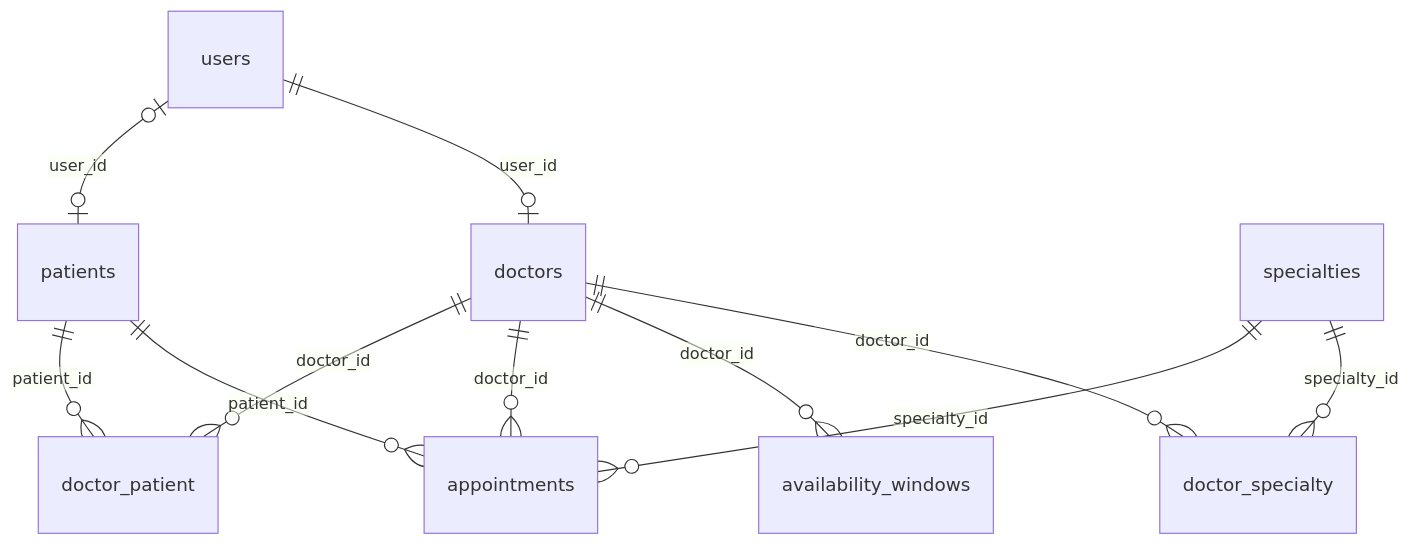
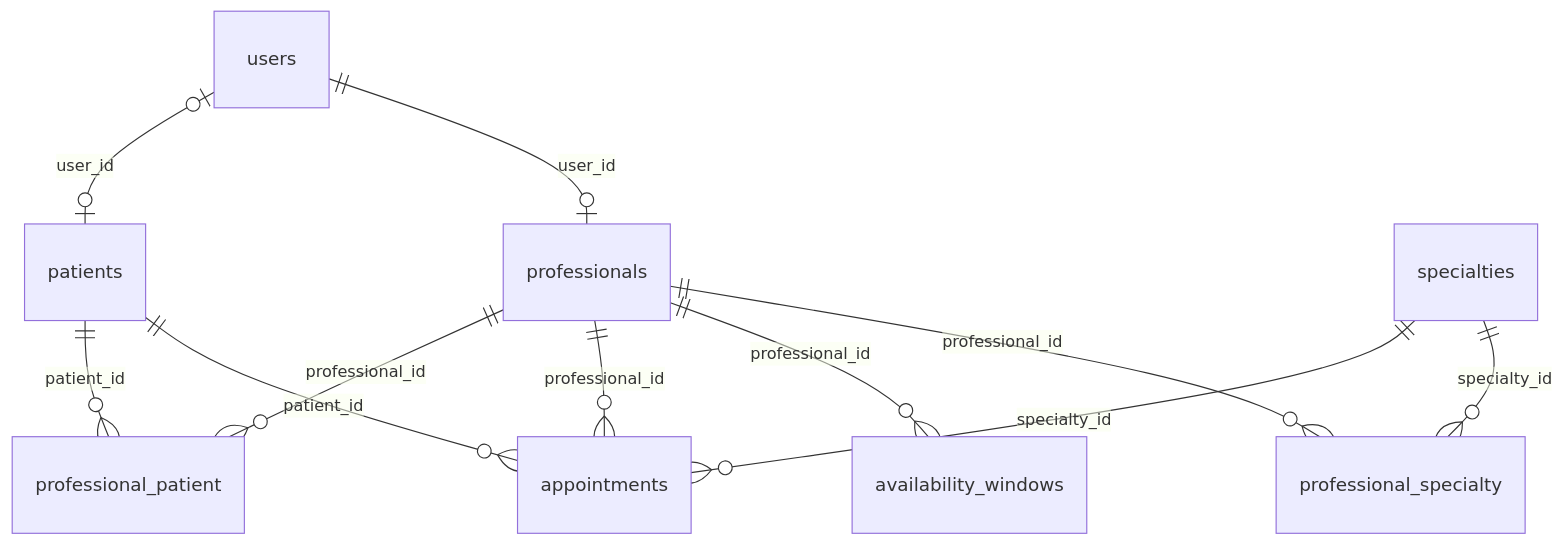
The diagram in new-design.md (Levy4380/san-benito), drawn with Mermaid before and after one commit. The commit also changed other lines of this file, not shown here.

First line of the commit message:
docs: align the product spec with professionals

````diff
--- a/new-design.md
+++ b/new-design.md
@@ -124,13 +124,13 @@
 ```mermaid
 erDiagram
-    users ||--o| doctors : "user_id"
+    users ||--o| professionals : "user_id"
     users |o--o| patients : "user_id"
-    doctors ||--o{ doctor_specialty : "doctor_id"
-    specialties ||--o{ doctor_specialty : "specialty_id"
-    doctors ||--o{ availability_windows : "doctor_id"
-    doctors ||--o{ appointments : "doctor_id"
+    professionals ||--o{ professional_specialty : "professional_id"
+    specialties ||--o{ professional_specialty : "specialty_id"
+    professionals ||--o{ availability_windows : "professional_id"
+    professionals ||--o{ appointments : "professional_id"
     patients ||--o{ appointments : "patient_id"
     specialties ||--o{ appointments : "specialty_id"
-    doctors ||--o{ doctor_patient : "doctor_id"
-    patients ||--o{ doctor_patient : "patient_id"
+    professionals ||--o{ professional_patient : "professional_id"
+    patients ||--o{ professional_patient : "patient_id"
 ```
````
